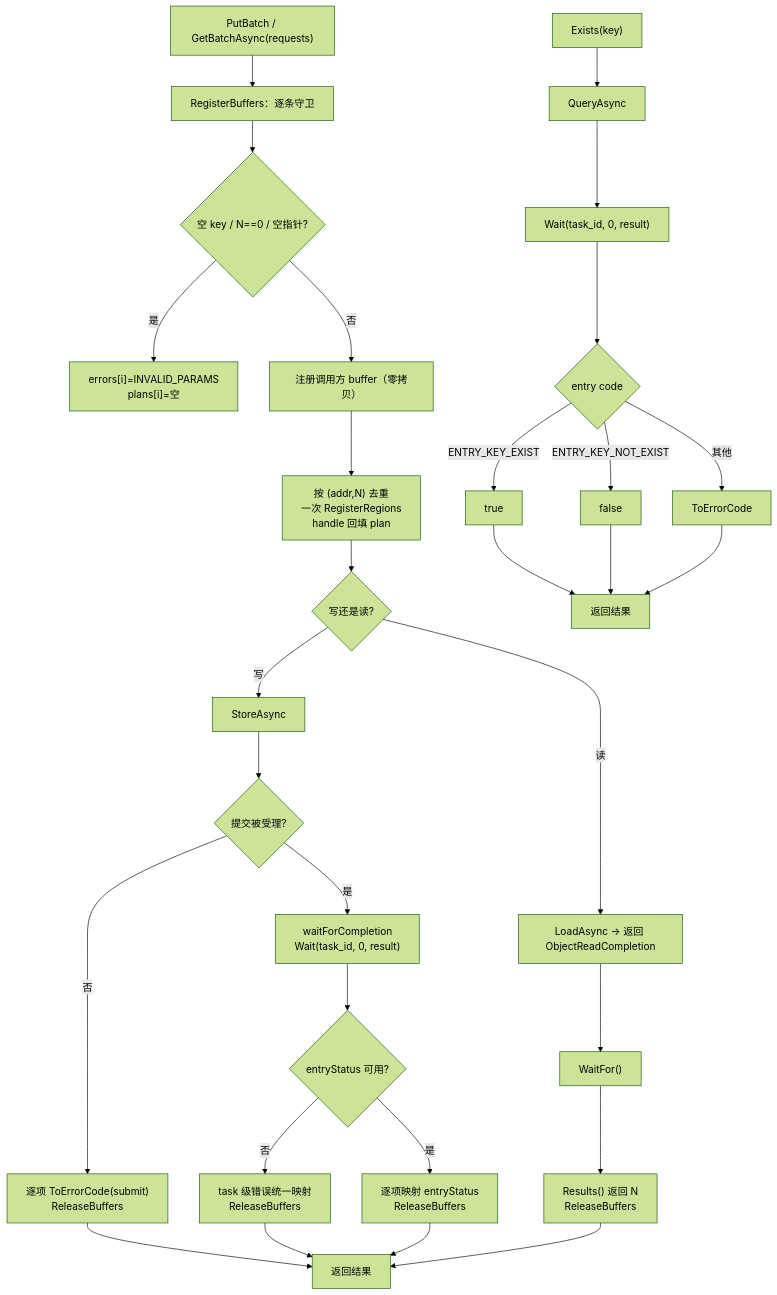
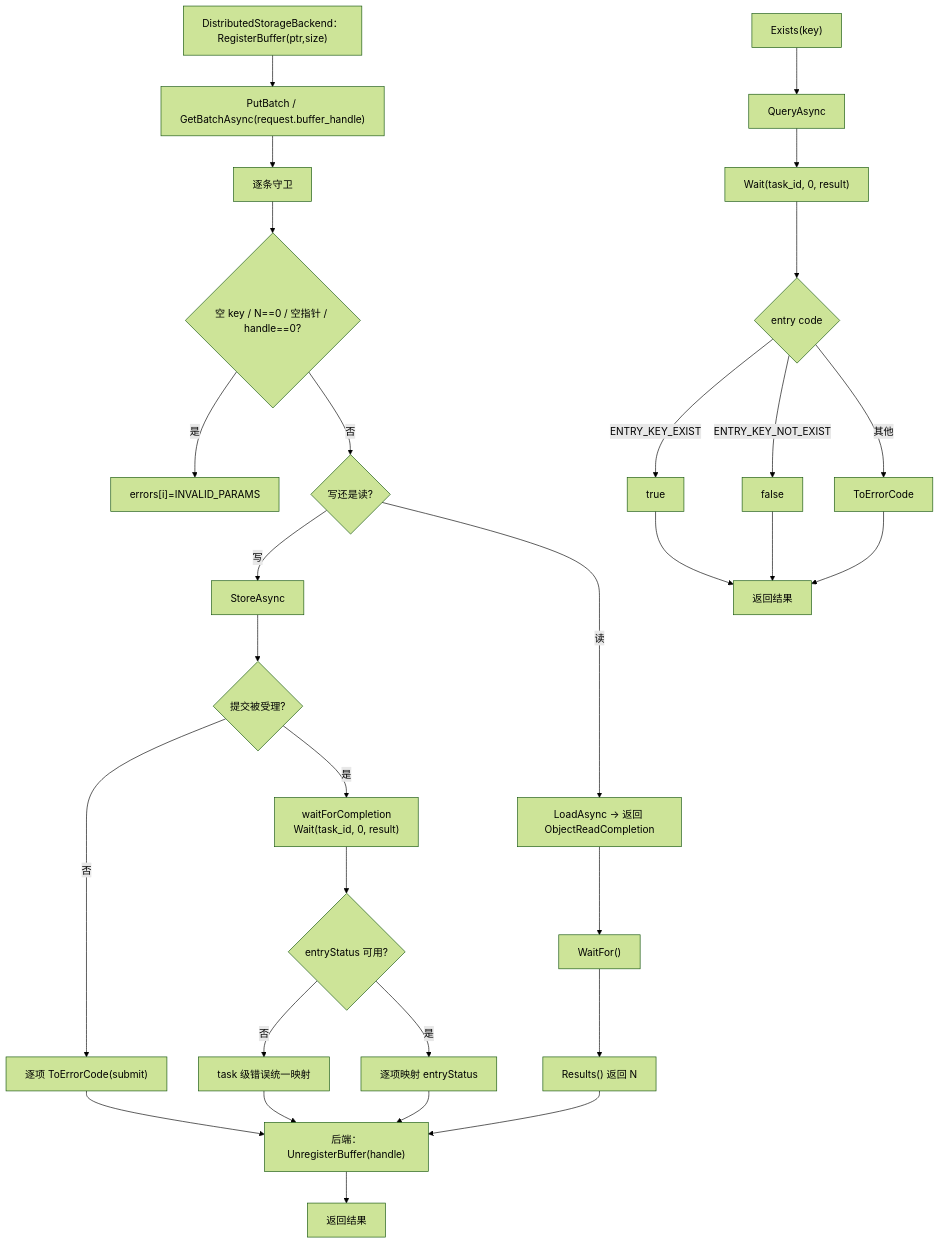
The fifth of 11 diagrams in Mooncake + KVClient L3 接入（Kvcs）- PR 实施设计.md (zwj20000328-dotcom/Mooncake-documents), drawn with Mermaid (forest theme) before and after one commit. The commit also changed other lines of this file and 2 other files, not shown here.

First line of the commit message:
docs: move kvclient buffer registration to caller-owned handles

````diff
--- a/Mooncake + KVClient L3 接入（Kvcs）- PR 实施设计.md
+++ b/Mooncake + KVClient L3 接入（Kvcs）- PR 实施设计.md
@@ -675,32 +693,32 @@
 ```mermaid
 flowchart TB
-    A["PutBatch / GetBatchAsync(requests)"] --> B["RegisterBuffers：逐条守卫"]
-    B --> C{"空 key / N==0 / 空指针?"}
-    C -->|是| E["errors[i]=INVALID_PARAMS<br/>plans[i]=空"]
-    C -->|否| D["注册调用方 buffer（零拷贝）"]
-    D --> REG["按 (addr,N) 去重<br/>一次 RegisterRegions<br/>handle 回填 plan"]
-    REG --> SUB{"写还是读?"}
+    A["DistributedStorageBackend：RegisterBuffer(ptr,size)"] --> A2["PutBatch / GetBatchAsync(request.buffer_handle)"]
+    A2 --> B["逐条守卫"]
+    B --> C{"空 key / N==0 / 空指针 / handle==0?"}
+    C -->|是| E["errors[i]=INVALID_PARAMS"]
+    C -->|否| SUB{"写还是读?"}
     SUB -->|写| STORE["StoreAsync"]
     STORE --> SUBOK{"提交被受理?"}
-    SUBOK -->|否| SUBFAIL["逐项 ToErrorCode(submit)<br/>ReleaseBuffers"]
+    SUBOK -->|否| SUBFAIL["逐项 ToErrorCode(submit)"]
     SUBOK -->|是| WAIT["waitForCompletion<br/>Wait(task_id, 0, result)"]
     WAIT --> TERM{"entryStatus 可用?"}
-    TERM -->|否| TASKE["task 级错误统一映射<br/>ReleaseBuffers"]
-    TERM -->|是| MAPW["逐项映射 entryStatus<br/>ReleaseBuffers"]
+    TERM -->|否| TASKE["task 级错误统一映射"]
+    TERM -->|是| MAPW["逐项映射 entryStatus"]
     SUB -->|读| LOAD["LoadAsync → 返回 ObjectReadCompletion"]
     LOAD --> OUTER["WaitFor()"]
-    OUTER --> MAPR["Results() 返回 N<br/>ReleaseBuffers"]
+    OUTER --> MAPR["Results() 返回 N"]
+    SUBFAIL --> UNREG["后端：UnregisterBuffer(handle)"]
+    TASKE --> UNREG
+    MAPW --> UNREG
+    MAPR --> UNREG
+    UNREG --> END["返回结果"]
     X["Exists(key)"] --> XQ["QueryAsync"]
     XQ --> XW["Wait(task_id, 0, result)"]
     XW --> XC{"entry code"}
     XC -->|"ENTRY_KEY_EXIST"| XT["true"]
     XC -->|"ENTRY_KEY_NOT_EXIST"| XF["false"]
     XC -->|其他| XE["ToErrorCode"]
-    TASKE --> END["返回结果"]
-    MAPW --> END
-    MAPR --> END
-    SUBFAIL --> END
     XT --> XEND["返回结果"]
     XF --> XEND
     XE --> XEND
 ```
````
